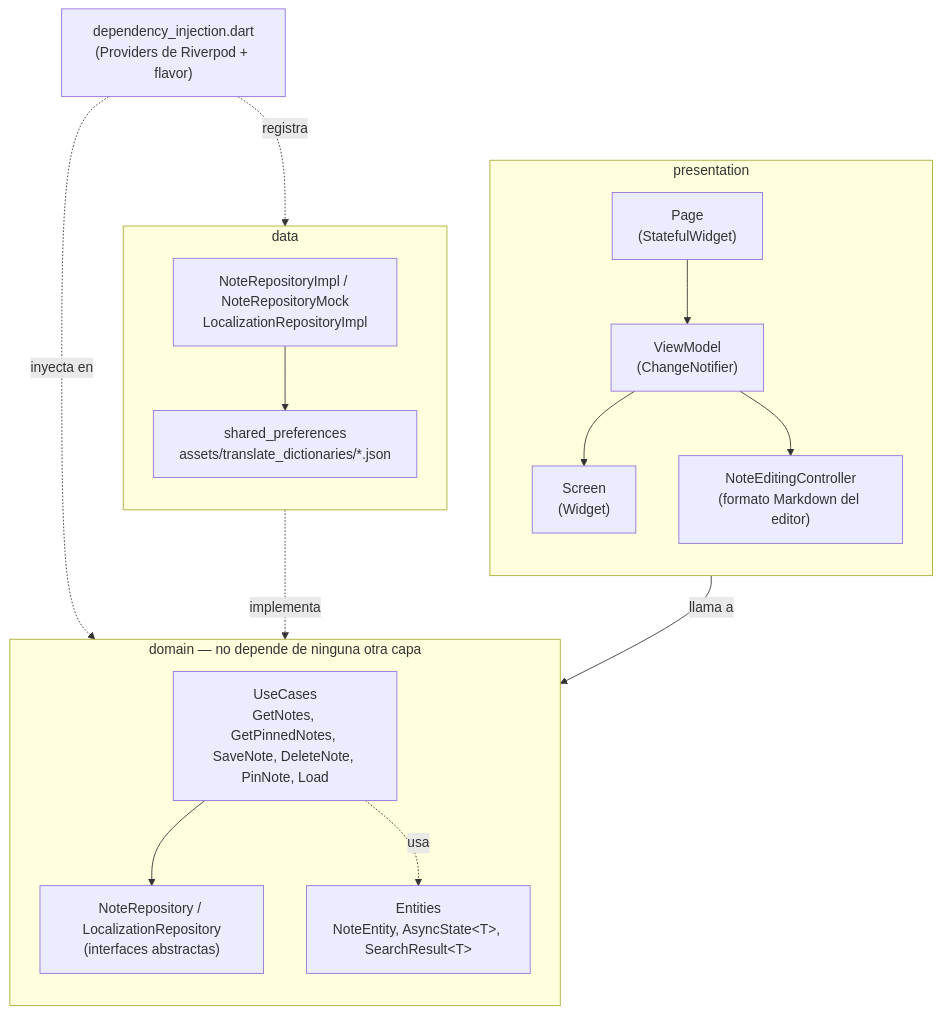
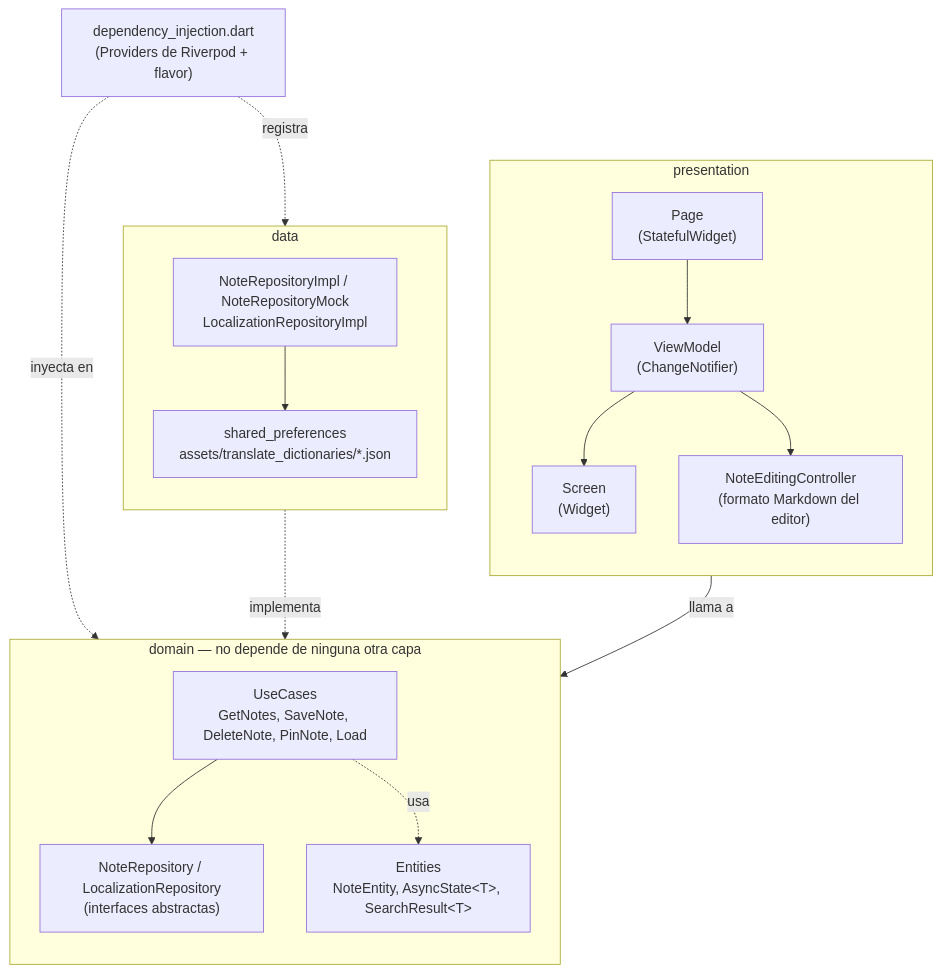
One commit to marlonc98/pragma_road_1_to_dos changed the diagram in README.md. Above: the diagram before and after it, drawn with Mermaid. The commit also changed other lines of this file, not shown here.

````diff
--- a/README.md
+++ b/README.md
@@ -91,34 +94,34 @@
 ```mermaid
 flowchart TB
     subgraph Presentation["presentation"]
         direction TB
         Page["Page<br/>(StatefulWidget)"]
         VM["ViewModel<br/>(ChangeNotifier)"]
         Screen["Screen<br/>(Widget)"]
         Controller["NoteEditingController<br/>(formato Markdown del editor)"]
         Page --> VM --> Screen
         VM --> Controller
     end
 
     subgraph Domain["domain — no depende de ninguna otra capa"]
         direction TB
-        UseCase["UseCases<br/>GetNotes, GetPinnedNotes, SaveNote, DeleteNote, PinNote, Load"]
+        UseCase["UseCases<br/>GetNotes, SaveNote, DeleteNote, PinNote, Load"]
         RepoI["NoteRepository / LocalizationRepository<br/>(interfaces abstractas)"]
         Entities["Entities<br/>NoteEntity, AsyncState&lt;T&gt;, SearchResult&lt;T&gt;"]
         UseCase --> RepoI
         UseCase -.->|usa| Entities
     end
 
     subgraph Data["data"]
         direction TB
         RepoImpl["NoteRepositoryImpl / NoteRepositoryMock<br/>LocalizationRepositoryImpl"]
         Sources["shared_preferences<br/>assets/translate_dictionaries/*.json"]
         RepoImpl --> Sources
     end
 
     VM -->|llama a| UseCase
     RepoImpl -.->|implementa| RepoI
 
     DI["dependency_injection.dart<br/>(Providers de Riverpod + flavor)"] -.->|registra| RepoImpl
     DI -.->|inyecta en| UseCase
 ```
````
